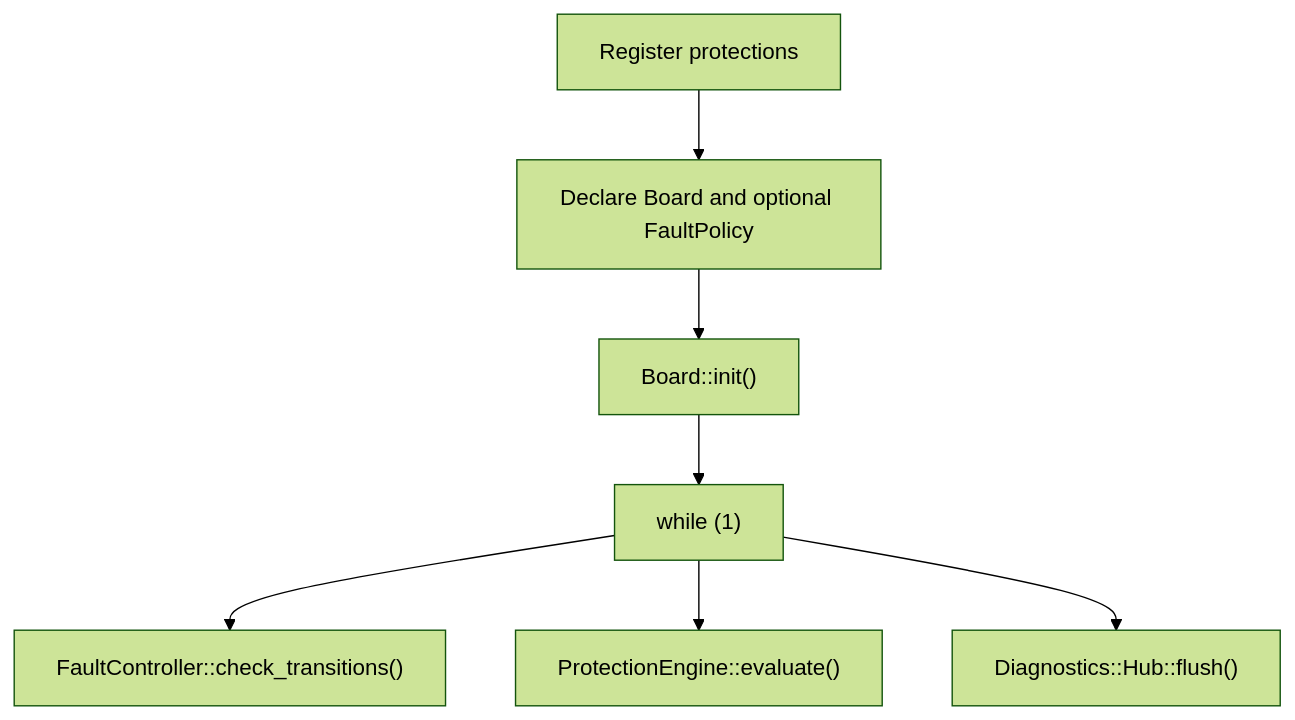
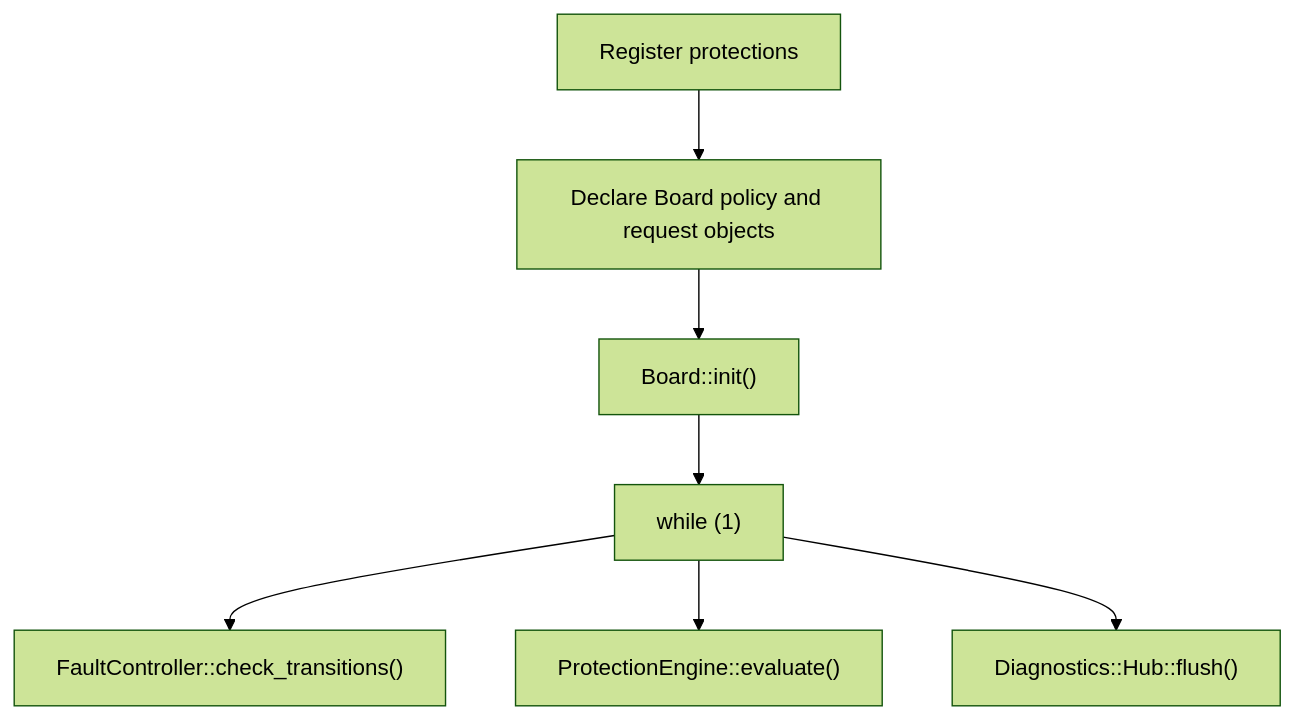
One commit to HyperloopUPV-H8/ST-LIB changed the first of 2 diagrams in docs/protections-and-diagnostics.md. Above: the diagram before and after it, drawn with Mermaid (forest theme). The commit also changed other lines of this file and 7 other files, not shown here.

````diff
--- a/docs/protections-and-diagnostics.md
+++ b/docs/protections-and-diagnostics.md
@@ -35,9 +35,9 @@
 ```mermaid
 flowchart TD
-    A["Register protections"] --> B["Declare Board and optional FaultPolicy"]
+    A["Register protections"] --> B["Declare Board policy and request objects"]
     B --> C["Board::init()"]
     C --> D["while (1)"]
     D --> E["FaultController::check_transitions()"]
     D --> F["ProtectionEngine::evaluate()"]
     D --> G["Diagnostics::Hub::flush()"]
 ```
````
